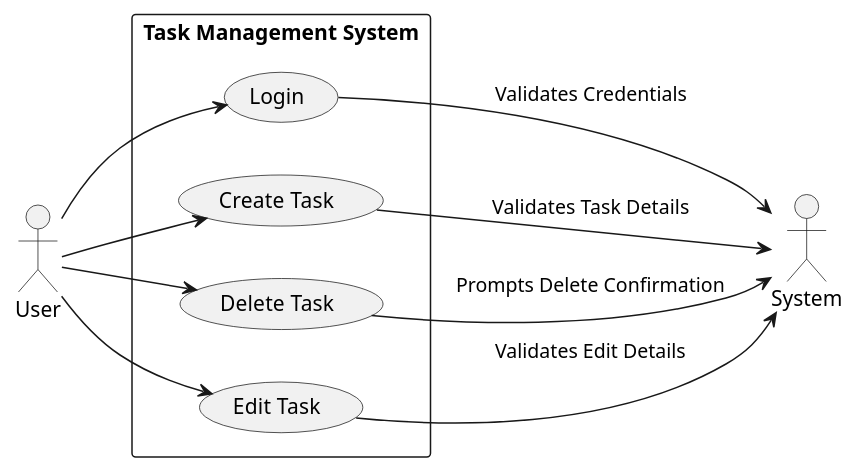
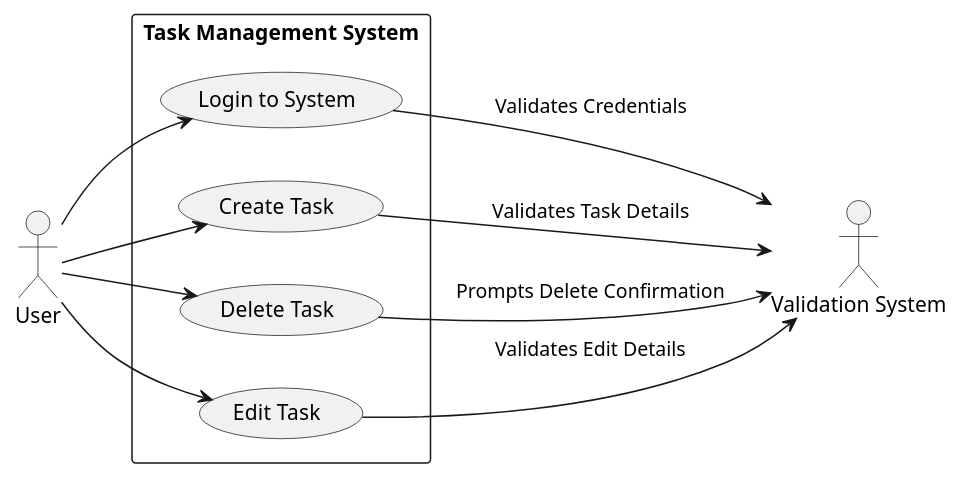
Before and after one commit to Karim-Ashraf1/Task-Management-System: the diagram in usecases/UC_diagram.puml, drawn with PlantUML.

```diff
--- a/usecases/UC_diagram.puml
+++ b/usecases/UC_diagram.puml
@@ -1,25 +1,25 @@
 @startuml
-left to right direction
+left to right direction  
 
 actor User
 
 rectangle "Task Management System" {
-    usecase "Login" as UC1
+    usecase "Login to System" as UC1
     usecase "Create Task" as UC2
     usecase "Delete Task" as UC3
     usecase "Edit Task" as UC4
 }
 
-actor "System" as ValidationSystem
+actor "Validation System" as ValidationSystem
 
 User --> UC1
 User --> UC2
 User --> UC3
 User --> UC4
 
 UC1 --> ValidationSystem : Validates Credentials
 UC2 --> ValidationSystem : Validates Task Details
 UC4 --> ValidationSystem : Validates Edit Details
 UC3 --> ValidationSystem : Prompts Delete Confirmation
 
 @enduml
```
